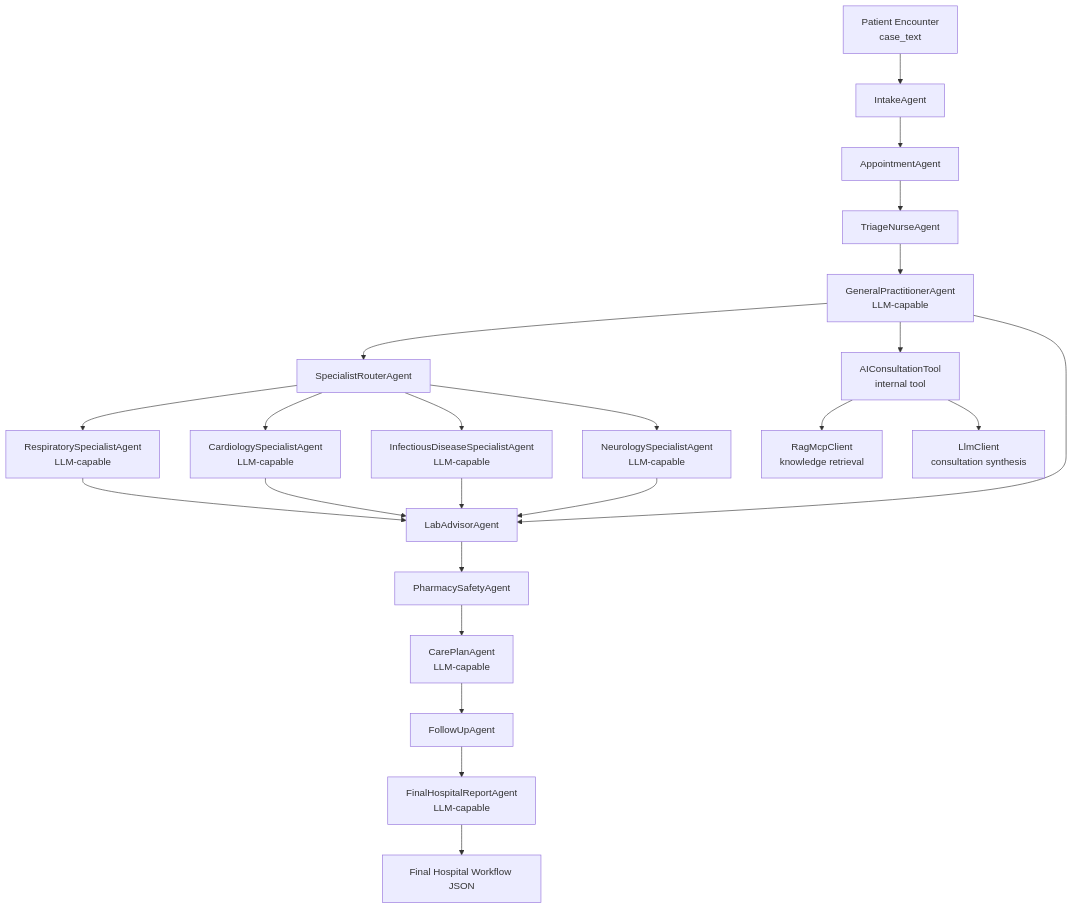
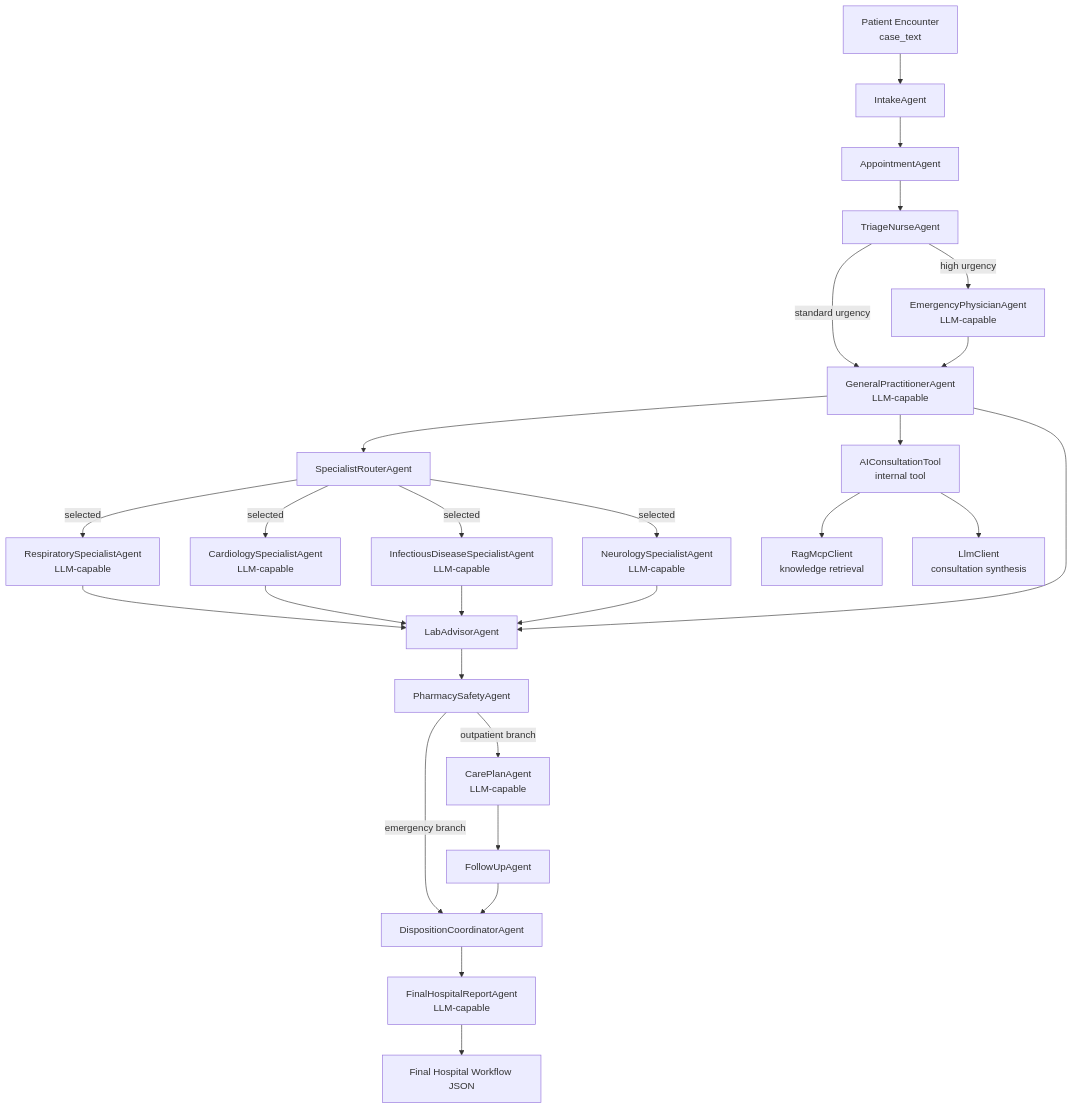
One commit to whytomato/healthcare changed the second of 2 diagrams in README.md. Above: the diagram before and after it, drawn with Mermaid. The commit also changed other lines of this file and 8 other files, not shown here.

````diff
--- a/README.md
+++ b/README.md
@@ -30,29 +30,33 @@
 ```mermaid
 flowchart TD
     A[Patient Encounter<br/>case_text] --> Intake[IntakeAgent]
     Intake --> Appointment[AppointmentAgent]
     Appointment --> Triage[TriageNurseAgent]
-    Triage --> GP[GeneralPractitionerAgent<br/>LLM-capable]
+    Triage -->|high urgency| Emergency[EmergencyPhysicianAgent<br/>LLM-capable]
+    Triage -->|standard urgency| GP[GeneralPractitionerAgent<br/>LLM-capable]
+    Emergency --> GP
     GP --> Router[SpecialistRouterAgent]
 
-    Router --> Respiratory[RespiratorySpecialistAgent<br/>LLM-capable]
-    Router --> Cardiology[CardiologySpecialistAgent<br/>LLM-capable]
-    Router --> Infection[InfectiousDiseaseSpecialistAgent<br/>LLM-capable]
-    Router --> Neurology[NeurologySpecialistAgent<br/>LLM-capable]
+    Router -->|selected| Respiratory[RespiratorySpecialistAgent<br/>LLM-capable]
+    Router -->|selected| Cardiology[CardiologySpecialistAgent<br/>LLM-capable]
+    Router -->|selected| Infection[InfectiousDiseaseSpecialistAgent<br/>LLM-capable]
+    Router -->|selected| Neurology[NeurologySpecialistAgent<br/>LLM-capable]
 
     GP --> AIConsultTool[AIConsultationTool<br/>internal tool]
     AIConsultTool --> RagTool[RagMcpClient<br/>knowledge retrieval]
     AIConsultTool --> LlmTool[LlmClient<br/>consultation synthesis]
 
     Respiratory --> Lab[LabAdvisorAgent]
     Cardiology --> Lab
     Infection --> Lab
     Neurology --> Lab
     GP --> Lab
 
     Lab --> Pharmacy[PharmacySafetyAgent]
-    Pharmacy --> Care[CarePlanAgent<br/>LLM-capable]
+    Pharmacy -->|outpatient branch| Care[CarePlanAgent<br/>LLM-capable]
     Care --> Follow[FollowUpAgent]
-    Follow --> Report[FinalHospitalReportAgent<br/>LLM-capable]
+    Pharmacy -->|emergency branch| Disposition[DispositionCoordinatorAgent]
+    Follow --> Disposition
+    Disposition --> Report[FinalHospitalReportAgent<br/>LLM-capable]
     Report --> Output[Final Hospital Workflow JSON]
 ```
````
